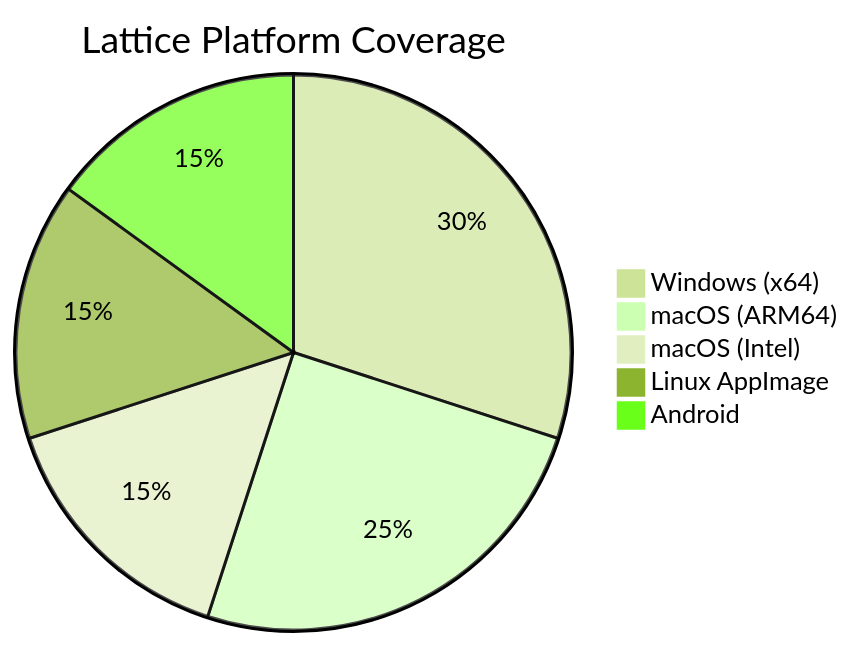
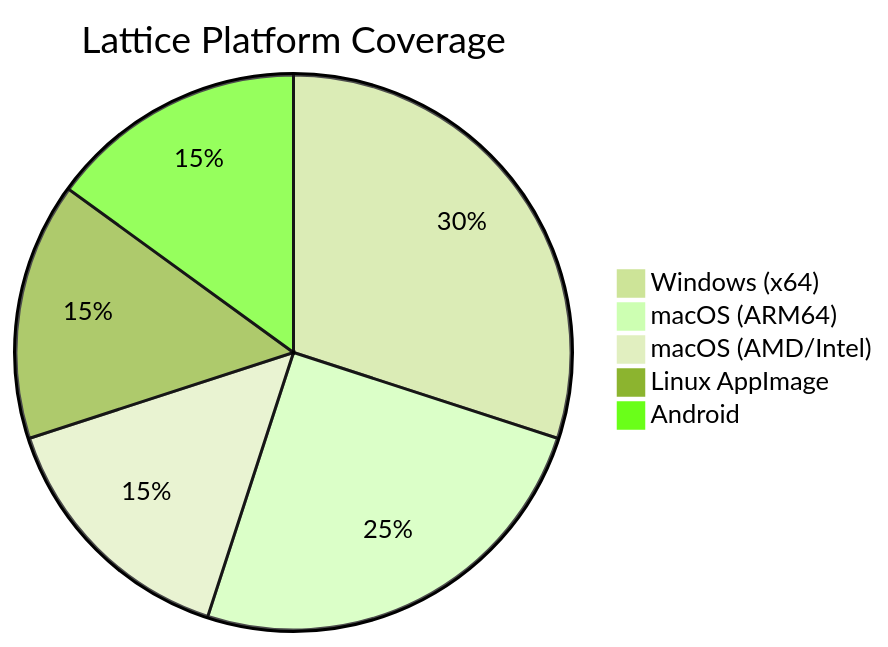
The fourth of 4 diagrams in docs/demo/demo.md (blessia-blessini/lattice), drawn with Mermaid (forest theme) before and after one commit. The commit also changed other lines of this file and 17 other files, not shown here.

````diff
--- a/docs/demo/demo.md
+++ b/docs/demo/demo.md
@@ -347,8 +347,8 @@
 ```mermaid
 pie title Lattice Platform Coverage
     "Windows (x64)" : 30
     "macOS (ARM64)" : 25
-    "macOS (Intel)" : 15
+    "macOS (AMD/Intel)" : 15
     "Linux AppImage" : 15
     "Android" : 15
 ```
````
